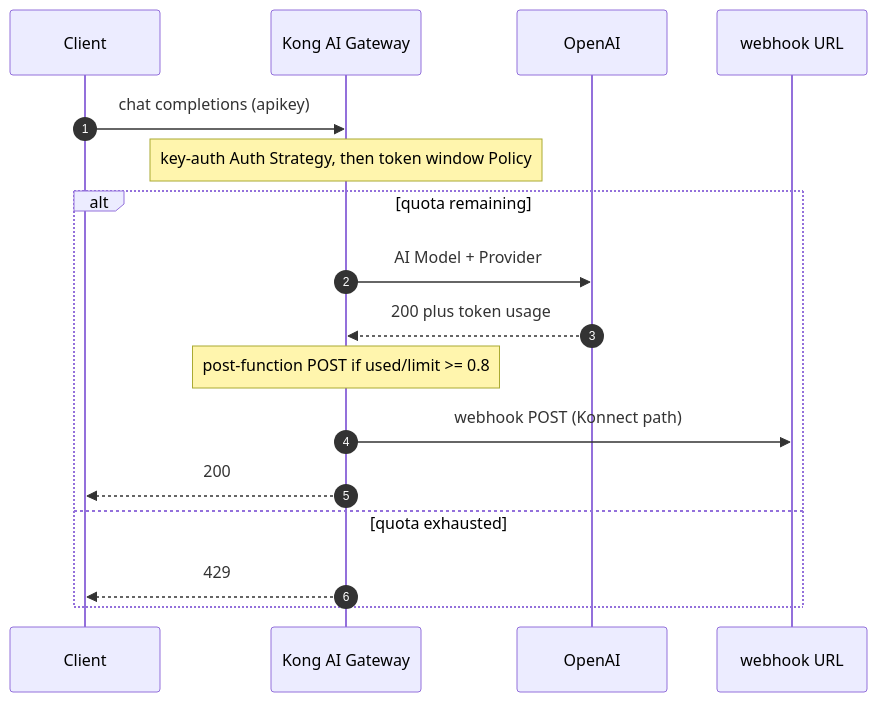
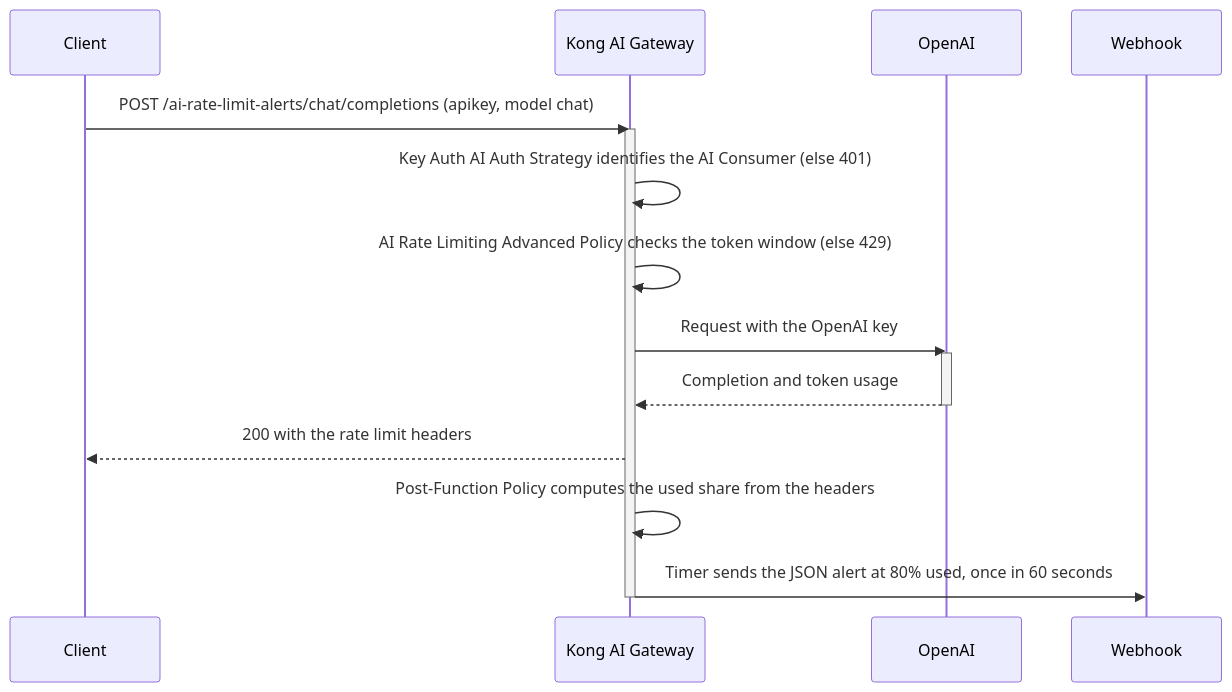
One commit to Kong/developer.konghq.com changed the diagram in app/_cookbooks/ai-rate-limit-alerts.md. Above: the diagram before and after it, drawn with Mermaid. The commit also changed other lines of this file and 2 other files, not shown here.

Commit message:
feat(ai-gateway): automated recipe update

```diff
--- a/app/_cookbooks/ai-rate-limit-alerts.md
+++ b/app/_cookbooks/ai-rate-limit-alerts.md
@@ -130,20 +625,20 @@
 {% mermaid %}
 sequenceDiagram
-    autonumber
     participant C as Client
-    participant DP as Kong AI Gateway
-    participant LLM as OpenAI
-    participant WH as webhook URL
+    participant K as Kong AI Gateway
+    participant O as OpenAI
+    participant W as Webhook
 
-    C->>DP: chat completions (apikey)
-    Note over DP: key-auth Auth Strategy, then token window Policy
-    alt quota remaining
-        DP->>LLM: AI Model + Provider
-        LLM-->>DP: 200 plus token usage
-        Note over DP: post-function POST if used/limit >= 0.8
-        DP->>WH: webhook POST (Konnect path)
-        DP-->>C: 200
-    else quota exhausted
-        DP-->>C: 429
-    end
+    C->>K: POST /ai-rate-limit-alerts/chat/completions (apikey, model chat)
+    activate K
+    K->>K: Key Auth AI Auth Strategy identifies the AI Consumer (else 401)
+    K->>K: AI Rate Limiting Advanced Policy checks the token window (else 429)
+    K->>O: Request with the OpenAI key
+    activate O
+    O-->>K: Completion and token usage
+    deactivate O
+    K-->>C: 200 with the rate limit headers
+    K->>K: Post-Function Policy computes the used share from the headers
+    K->>W: Timer sends the JSON alert at 80% used, once in 60 seconds
+    deactivate K
 {% endmermaid %}
```
